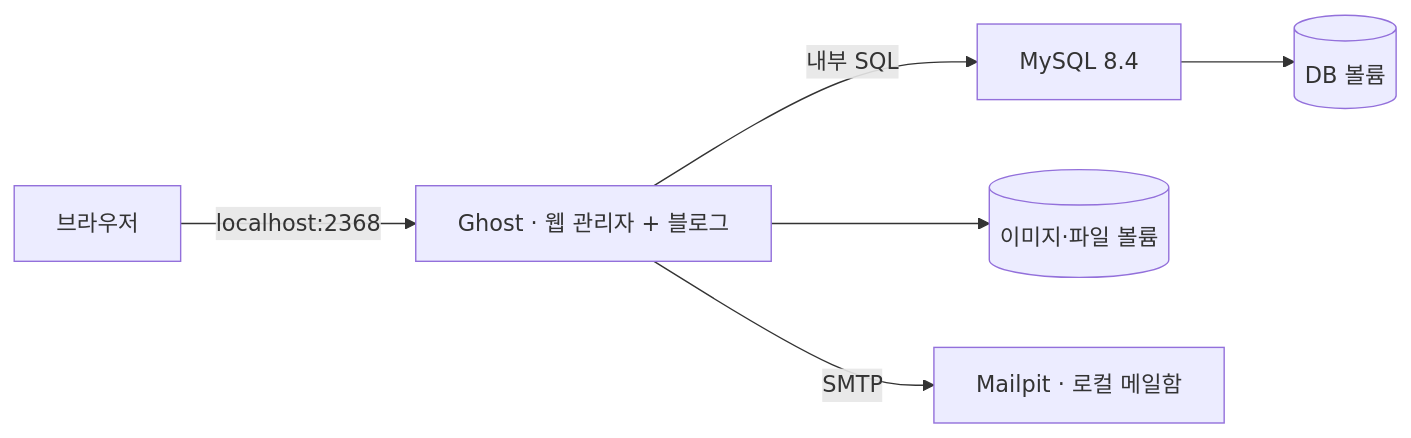
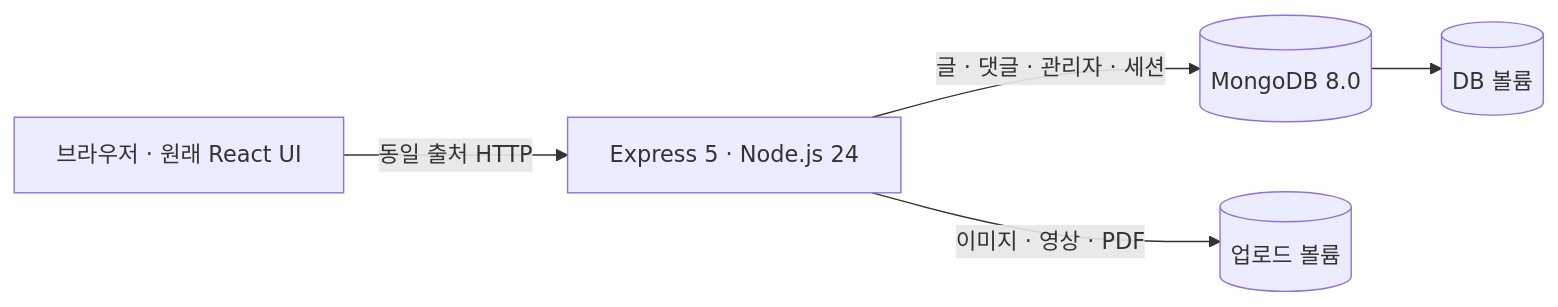
One commit to monitor5/Temp_log changed the diagram in README.md. Above: the diagram before and after it, drawn with Mermaid. The commit also changed other lines of this file and 131 other files, not shown here.

Commit message:
Restore original Arch-Log app and fix authentication, drafts, uploads and deployment

````diff
--- a/README.md
+++ b/README.md
@@ -30,8 +49,7 @@
 ```mermaid
 flowchart LR
-    browser["브라우저"] -->|"localhost:2368"| ghost["Ghost · 웹 관리자 + 블로그"]
-    ghost -->|"내부 SQL"| mysql["MySQL 8.4"]
-    ghost --> content[("이미지·파일 볼륨")]
-    mysql --> data[("DB 볼륨")]
-    ghost -->|"SMTP"| mailpit["Mailpit · 로컬 메일함"]
+  browser["브라우저 · 원래 React UI"] -->|"동일 출처 HTTP"| app["Express 5 · Node.js 24"]
+  app -->|"글 · 댓글 · 관리자 · 세션"| mongo[("MongoDB 8.0")]
+  app -->|"이미지 · 영상 · PDF"| uploads[("업로드 볼륨")]
+  mongo --> disk[("DB 볼륨")]
 ```
````
